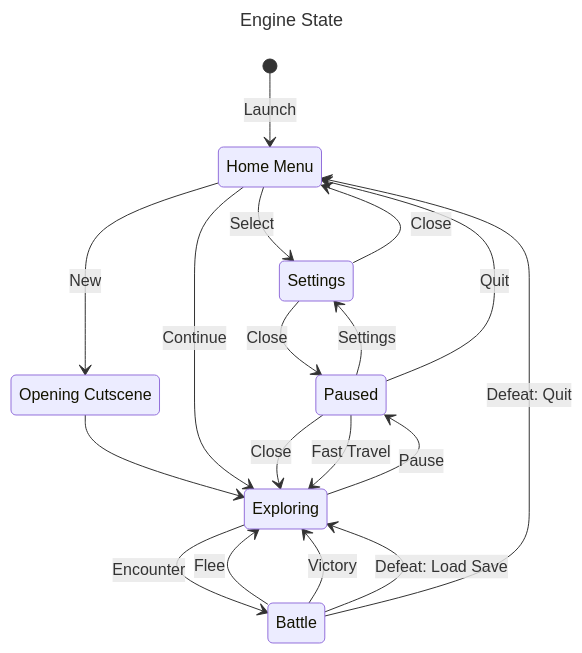
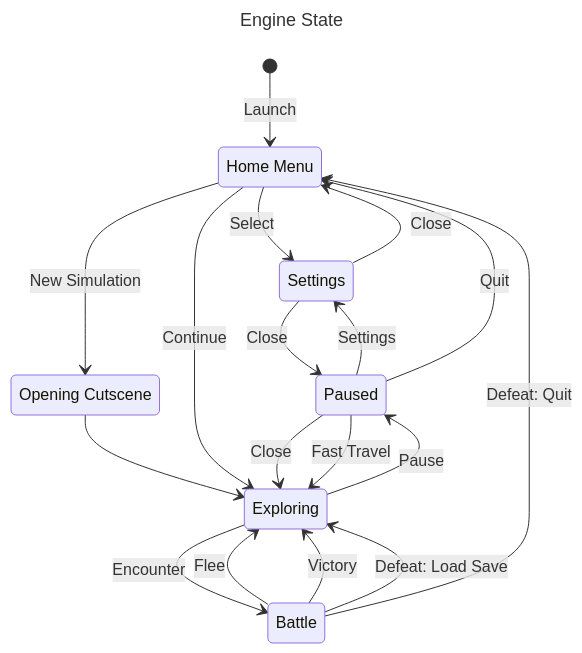
The diagram in Documentation/engine-state.mmd (CharlesMC11/sprite-engine), drawn with Mermaid before and after one commit. The commit also changed 3 other files, not shown here.

```diff
--- a/Documentation/engine-state.mmd
+++ b/Documentation/engine-state.mmd
@@ -1,23 +1,23 @@
 ---
 title: Engine State
 ---
 stateDiagram-v2
     state "Home Menu" as Home
     [*] --> Home: Launch
     Home --> Settings: Select
     Settings --> Home: Close
-    Home --> Opening: New
+    Home --> Opening: New Simulation
     Opening --> Exploring
     state "Opening Cutscene" as Opening
     Home --> Exploring: Continue
     Exploring --> Paused: Pause
     Paused --> Exploring: Close
     Paused --> Exploring: Fast Travel
     Paused --> Settings: Settings
     Settings --> Paused: Close
     Paused --> Home: Quit
     Exploring --> Battle: Encounter
     Battle --> Exploring: Flee
     Battle --> Exploring: Victory
     Battle --> Exploring: Defeat: Load Save
     Battle --> Home: Defeat: Quit
```
